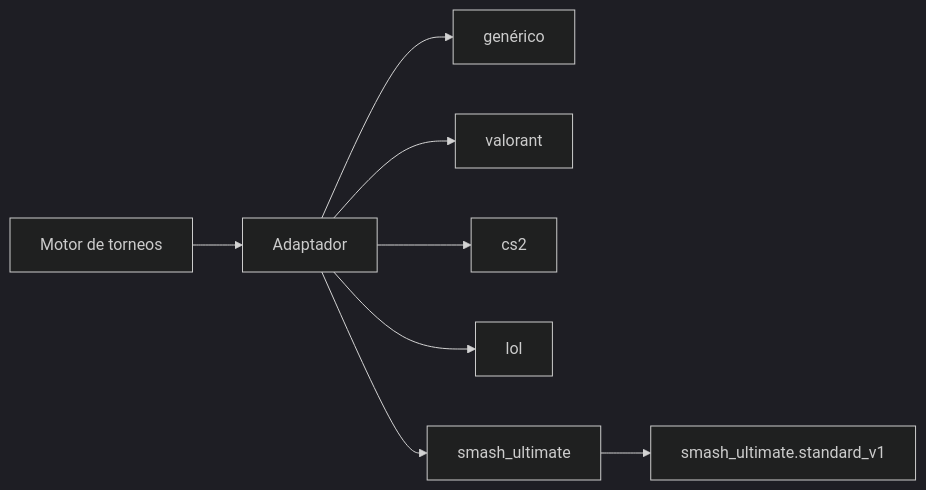
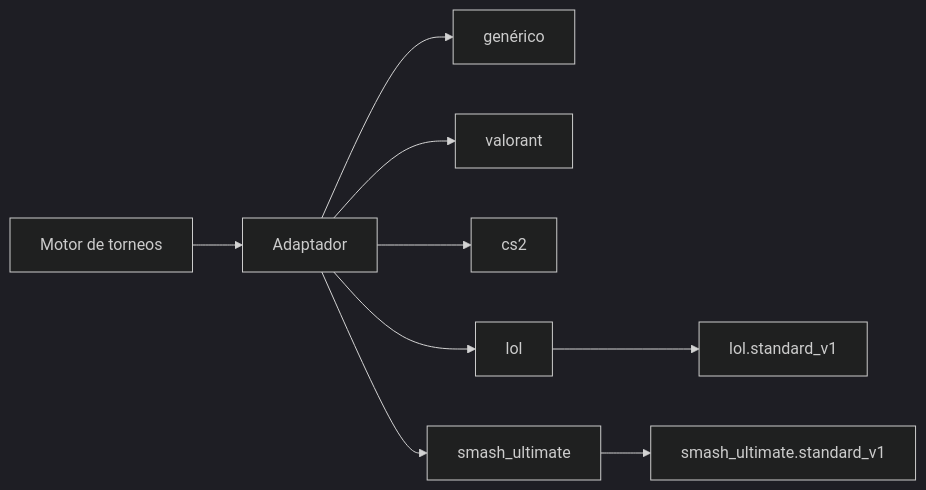
Before and after one commit to Dieguezar/opentournament: the diagram in docs/GAME_ADAPTERS.md, drawn with Mermaid (dark theme). The commit also changed other lines of this file and 27 other files, not shown here.

````diff
--- a/docs/GAME_ADAPTERS.md
+++ b/docs/GAME_ADAPTERS.md
@@ -7,10 +7,11 @@
 ```mermaid
 flowchart LR
   Engine[Motor de torneos] --> Adapter[Adaptador]
   Adapter --> Generic[genérico]
   Adapter --> Valorant[valorant]
   Adapter --> CS2[cs2]
   Adapter --> LoL[lol]
   Adapter --> Smash[smash_ultimate]
   Smash --> Template[smash_ultimate.standard_v1]
+  LoL --> LoLTemplate[lol.standard_v1]
 ```
````
